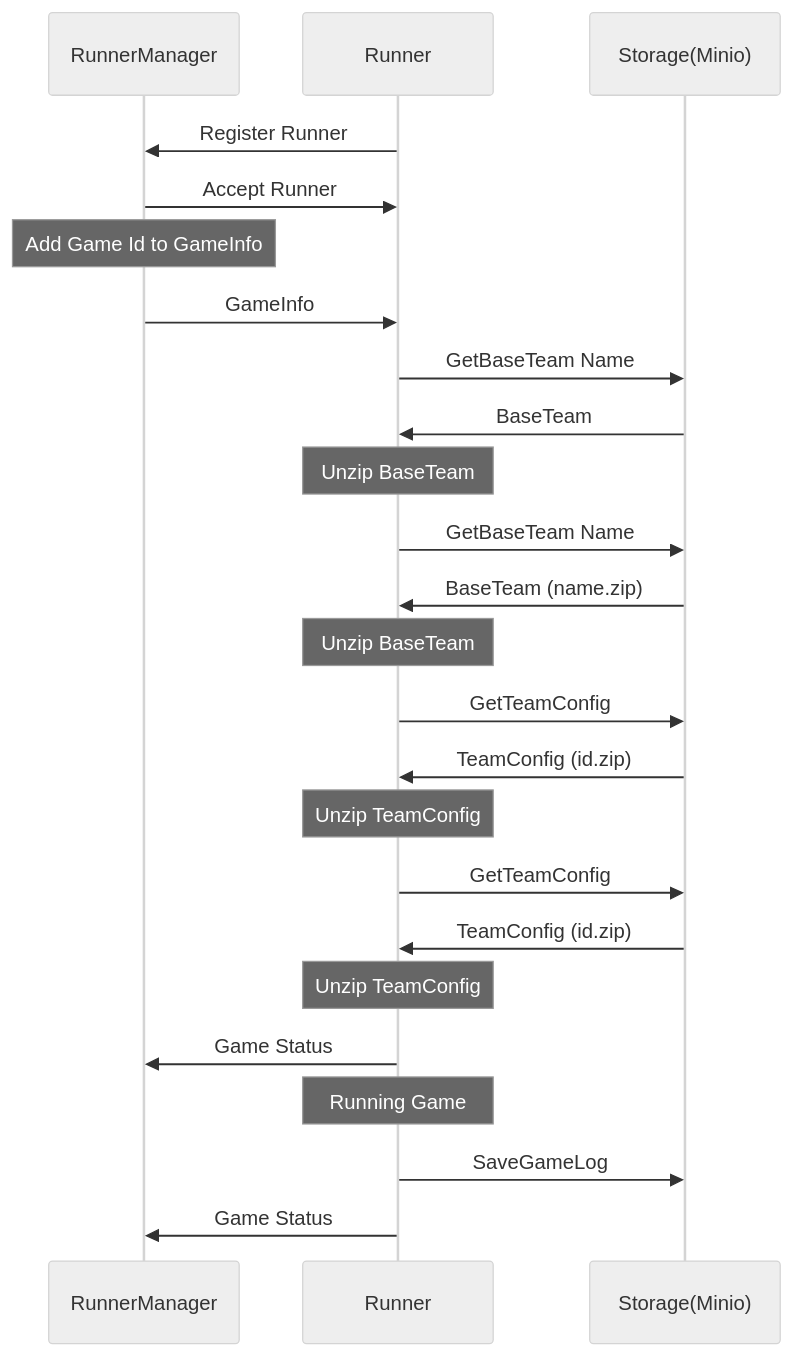
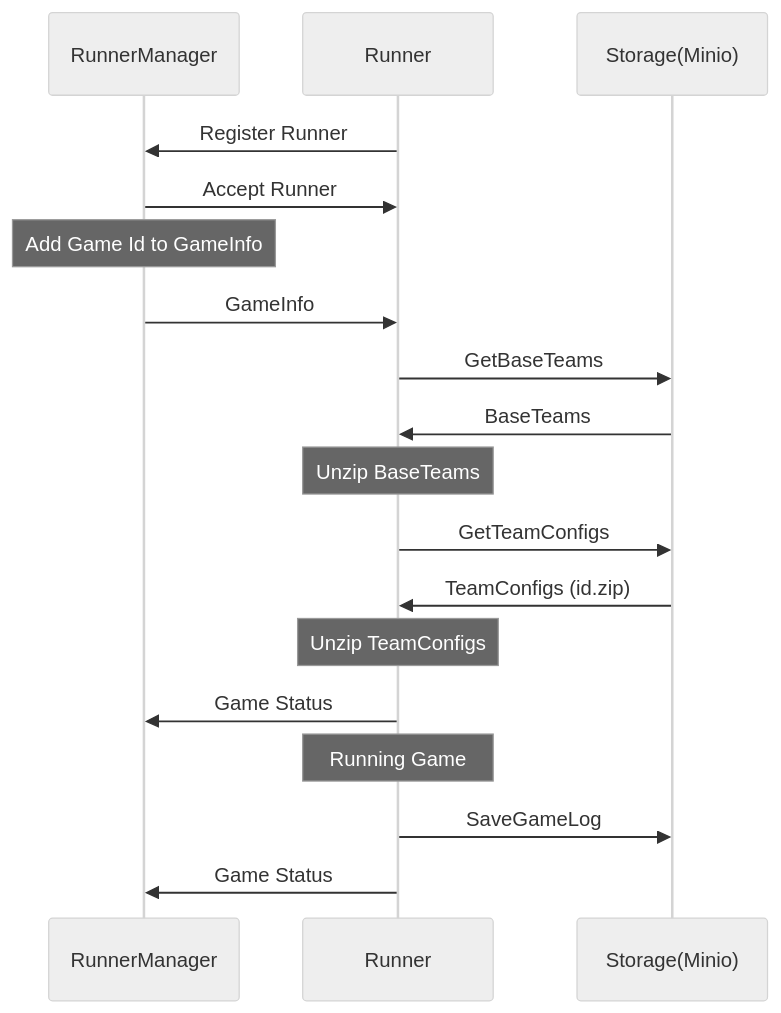
The third of 3 diagrams in runner/readme.md (RCSS-Tournament-Manager/foxsy-tournament-manager), drawn with Mermaid (neutral theme) before and after one commit. The commit also changed other lines of this file, not shown here.

````diff
--- a/runner/readme.md
+++ b/runner/readme.md
@@ -74,26 +67,20 @@
 ```mermaid
 sequenceDiagram
     participant RM as RunnerManager
     participant R as Runner
     participant S as Storage(Minio)
     R->>RM:Register Runner
     RM->>R:Accept Runner
     Note over RM: Add Game Id to GameInfo
     RM->>R: GameInfo
-    R->>S: GetBaseTeam Name
-    S->>R: BaseTeam
-    Note over R: Unzip BaseTeam
-    R->>S: GetBaseTeam Name
-    S->>R: BaseTeam (name.zip)
-    Note over R: Unzip BaseTeam
-    R->>S: GetTeamConfig
-    S->>R: TeamConfig (id.zip)
-    Note over R: Unzip TeamConfig
-    R->>S: GetTeamConfig
-    S->>R: TeamConfig (id.zip)
-    Note over R: Unzip TeamConfig
+    R->>S: GetBaseTeams
+    S->>R: BaseTeams
+    Note over R: Unzip BaseTeams
+    R->>S: GetTeamConfigs
+    S->>R: TeamConfigs (id.zip)
+    Note over R: Unzip TeamConfigs
     R->>RM: Game Status
     Note over R: Running Game
     R->>S: SaveGameLog
     R->>RM: Game Status
 ```
````
